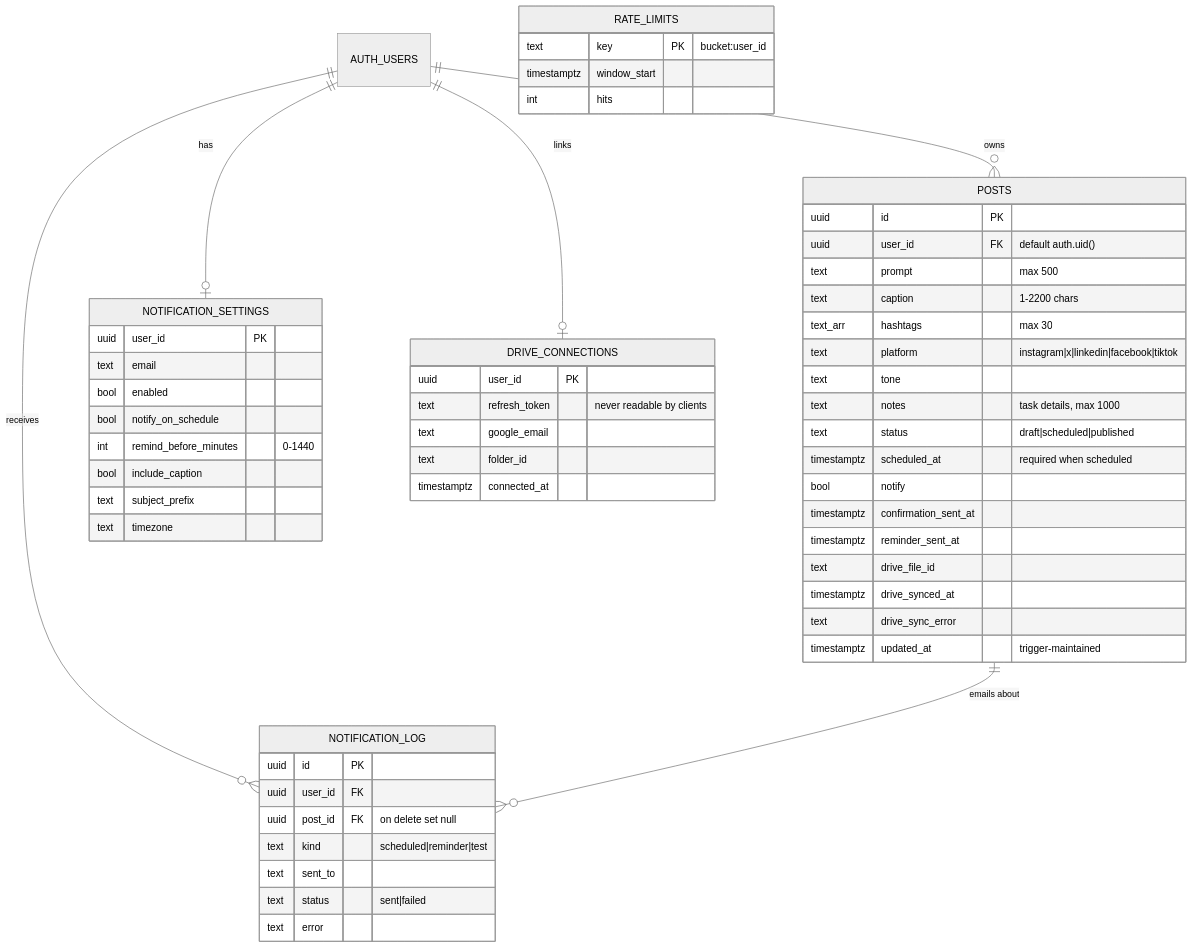
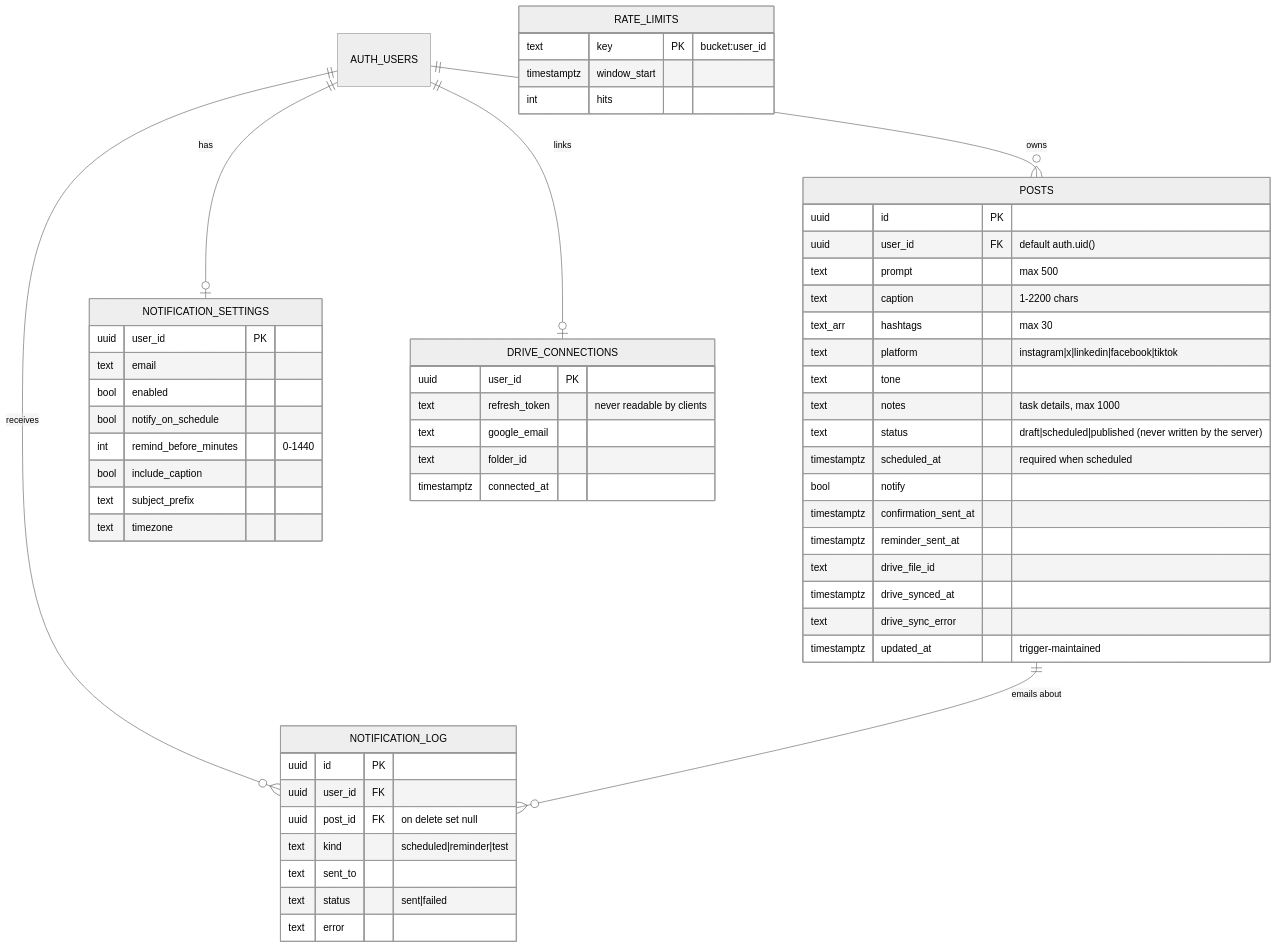
Before and after one commit to zainashrafofficial/eventdesk: the second of 2 diagrams in README.md, drawn with Mermaid (neutral theme). The commit also changed other lines of this file and 17 other files, not shown here.

````diff
--- a/README.md
+++ b/README.md
@@ -91,58 +91,58 @@
 ```mermaid
 erDiagram
   AUTH_USERS ||--o{ POSTS : owns
   AUTH_USERS ||--o| NOTIFICATION_SETTINGS : has
   AUTH_USERS ||--o{ NOTIFICATION_LOG : receives
   AUTH_USERS ||--o| DRIVE_CONNECTIONS : links
   POSTS ||--o{ NOTIFICATION_LOG : "emails about"
   POSTS {
     uuid id PK
     uuid user_id FK "default auth.uid()"
     text prompt "max 500"
     text caption "1-2200 chars"
     text_arr hashtags "max 30"
     text platform "instagram|x|linkedin|facebook|tiktok"
     text tone
     text notes "task details, max 1000"
-    text status "draft|scheduled|published"
+    text status "draft|scheduled|published (never written by the server)"
     timestamptz scheduled_at "required when scheduled"
     bool notify
     timestamptz confirmation_sent_at
     timestamptz reminder_sent_at
     text drive_file_id
     timestamptz drive_synced_at
     text drive_sync_error
     timestamptz updated_at "trigger-maintained"
   }
   NOTIFICATION_SETTINGS {
     uuid user_id PK
     text email
     bool enabled
     bool notify_on_schedule
     int remind_before_minutes "0-1440"
     bool include_caption
     text subject_prefix
     text timezone
   }
   NOTIFICATION_LOG {
     uuid id PK
     uuid user_id FK
     uuid post_id FK "on delete set null"
     text kind "scheduled|reminder|test"
     text sent_to
     text status "sent|failed"
     text error
   }
   DRIVE_CONNECTIONS {
     uuid user_id PK
     text refresh_token "never readable by clients"
     text google_email
     text folder_id
     timestamptz connected_at
   }
   RATE_LIMITS {
     text key PK "bucket:user_id"
     timestamptz window_start
     int hits
   }
 ```
````
